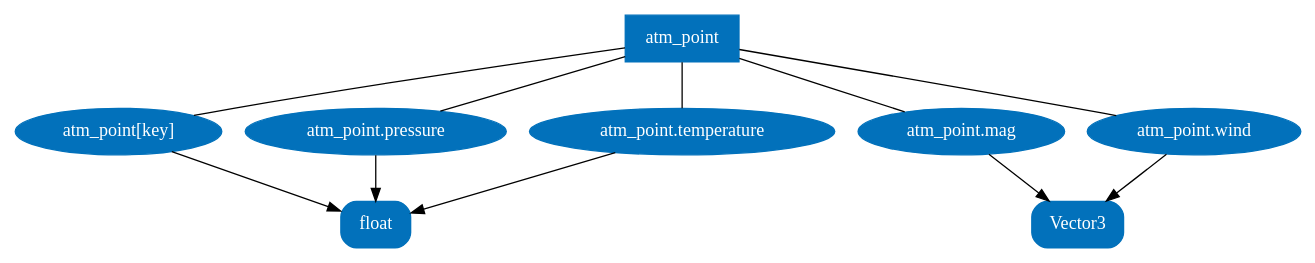
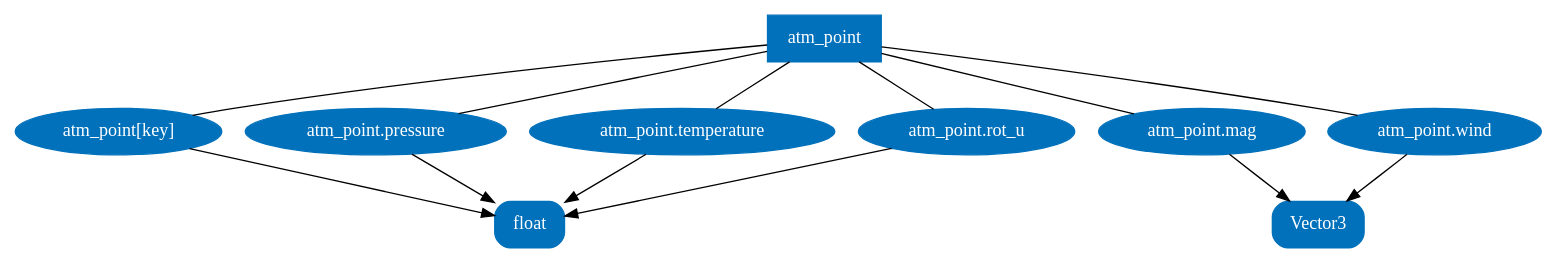
Before and after one commit to atmtools/arts: the second of 4 diagrams in doc/arts/user.atm_field.rst, drawn with Graphviz. The commit also changed other lines of this file and 21 other files, not shown here.

```diff
--- a/doc/arts/user.atm_field.rst
+++ b/doc/arts/user.atm_field.rst
@@ -95,26 +98,29 @@
 .. graphviz::
 
   digraph g {
     bgcolor="#00000000";
     rankdir = "TD";
     ratio = auto;
     node [ color = "#0271BB" fontcolor = "white" style = "filled,rounded" shape = "rectangle" ];
     "Named data" [ label = "atm_point" style = "filled" ];
     "Access Operator" [ label = "atm_point[key]" shape = "ellipse" ];
     "pressure" [ label = "atm_point.pressure" shape = "ellipse" ];
     "temperature" [ label = "atm_point.temperature" shape = "ellipse" ];
     "mag" [ label = "atm_point.mag" shape = "ellipse" ];
     "wind" [ label = "atm_point.wind" shape = "ellipse" ];
+    "rot_u" [ label = "atm_point.rot_u" shape = "ellipse" ];
     "float" [ label = "float" ];
     "Vector3" [ label = "Vector3" ];
     "Named data" -> "Access Operator" [ arrowhead = "none" ];
     "Named data" -> "temperature" [ arrowhead = "none" ];
     "Named data" -> "pressure" [ arrowhead = "none" ];
     "Named data" -> "mag" [ arrowhead = "none" ];
     "Named data" -> "wind" [ arrowhead = "none" ];
+    "Named data" -> "rot_u" [ arrowhead = "none" ];
     "Access Operator" -> "float";
     "pressure" -> "float";
     "temperature" -> "float";
+    "rot_u" -> "float";
     "mag" -> "Vector3";
     "wind" -> "Vector3";
   }
```
